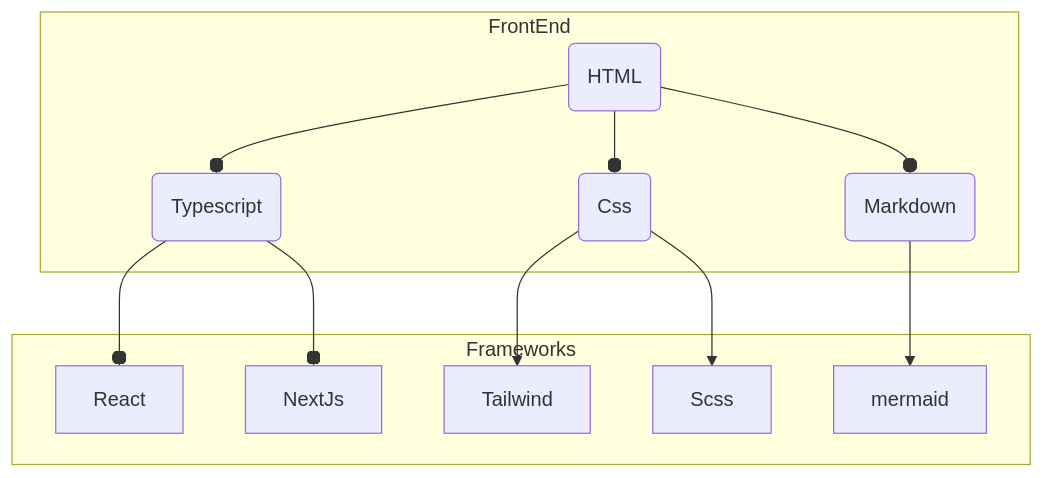
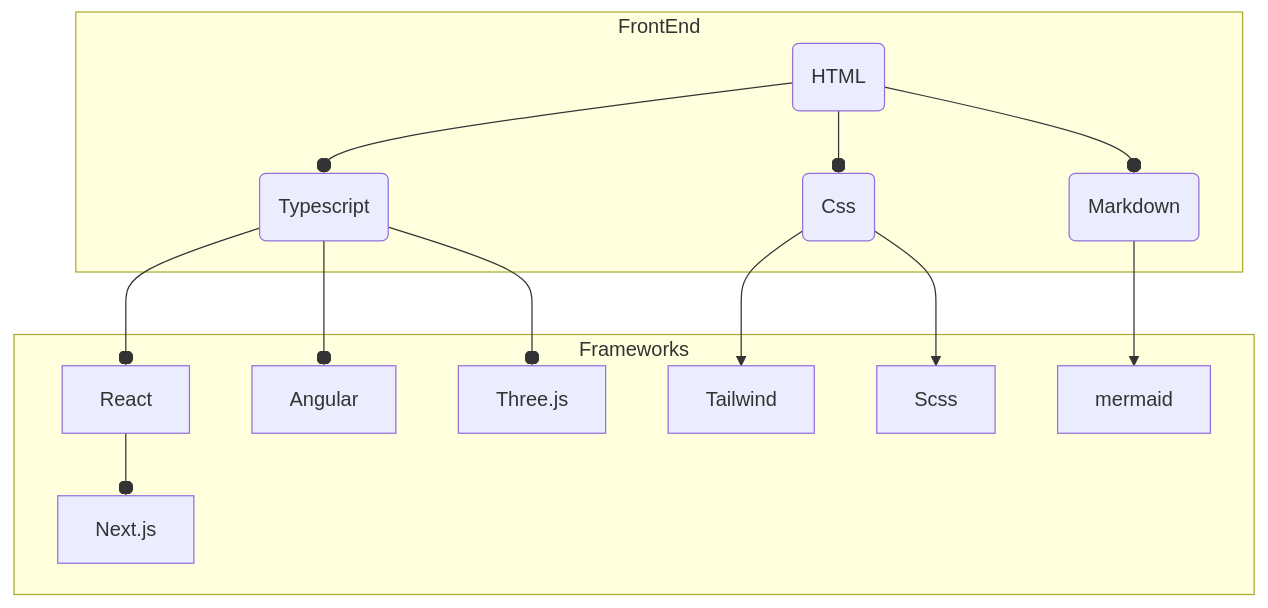
One commit to ricardoiso/ricardoiso changed the first of 2 diagrams in README.md. Above: the diagram before and after it, drawn with Mermaid.

Commit message:
add frameworks

````diff
--- a/README.md
+++ b/README.md
@@ -29,33 +29,39 @@
 ```mermaid
 flowchart 
-f1(HTML)
-f2(Css)
-f3(Typescript)
-f4(Markdown)
-fw1[React]
-fw2[NextJs]
-fw4[Tailwind]
-fw5[Scss]
-fw6[mermaid]
+html(HTML)
+css(Css)
+ts(Typescript)
+md(Markdown)
+react[React]
+next[Next.js]
+angular[Angular]
+three[Three.js]
+tailwind[Tailwind]
+scss[Scss]
+m[mermaid]
  subgraph Frameworks 
-fw1
-fw2
-fw4
-fw5
-fw6
+react
+next
+angular
+three
+tailwind
+scss
+m
  end
   subgraph  FrontEnd 
- f1
- f2
- f3
- f4
+ html
+ css
+ ts
+ md
  end  
- f1 --o f2
- f1 --o f3
- f1 --o f4
- f2 --> fw4
- f2 --> fw5
- f3 --o fw1
- f3 --o fw2
- f4 --> fw6
+ html --o css
+ html --o ts
+ html --o md
+ css --> tailwind
+ css --> scss
+ ts --o react
+ ts --o angular
+ ts --o three
+ react --o next
+ md --> m
  ```
````
